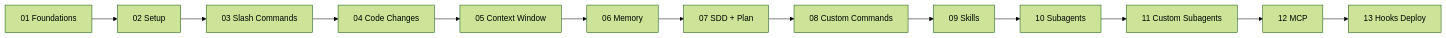
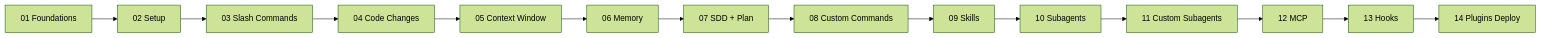
The diagram in AI-Engineering/Claude-Code/Claude-Code.md (lakshay-goyal/learning-phase), drawn with Mermaid (forest theme) before and after one commit. The commit also changed other lines of this file and 8 other files, not shown here.

Commit message:
Add detailed documentation for Hooks Plugins Deploy, covering intuition, safety mechanisms, use cases, and AI-era leverage

````diff
--- a/AI-Engineering/Claude-Code/Claude-Code.md
+++ b/AI-Engineering/Claude-Code/Claude-Code.md
@@ -15,15 +15,16 @@
 ```mermaid
 flowchart LR
   A[01 Foundations] --> B[02 Setup]
   B --> C[03 Slash Commands]
   C --> D[04 Code Changes]
   D --> E[05 Context Window]
   E --> F[06 Memory]
   F --> G[07 SDD + Plan]
   G --> H[08 Custom Commands]
   H --> I[09 Skills]
   I --> J[10 Subagents]
   J --> K[11 Custom Subagents]
   K --> L[12 MCP]
-  L --> M[13 Hooks Deploy]
+  L --> M[13 Hooks]
+  M --> N[14 Plugins Deploy]
 ```
````
